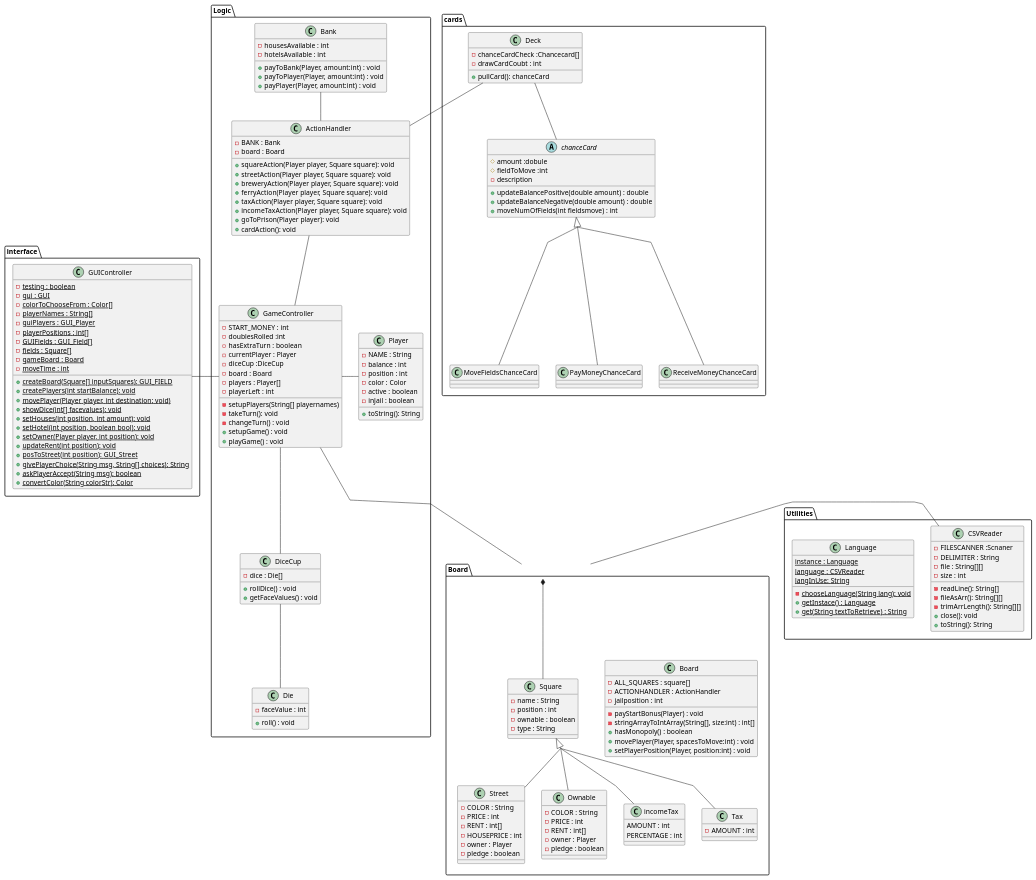
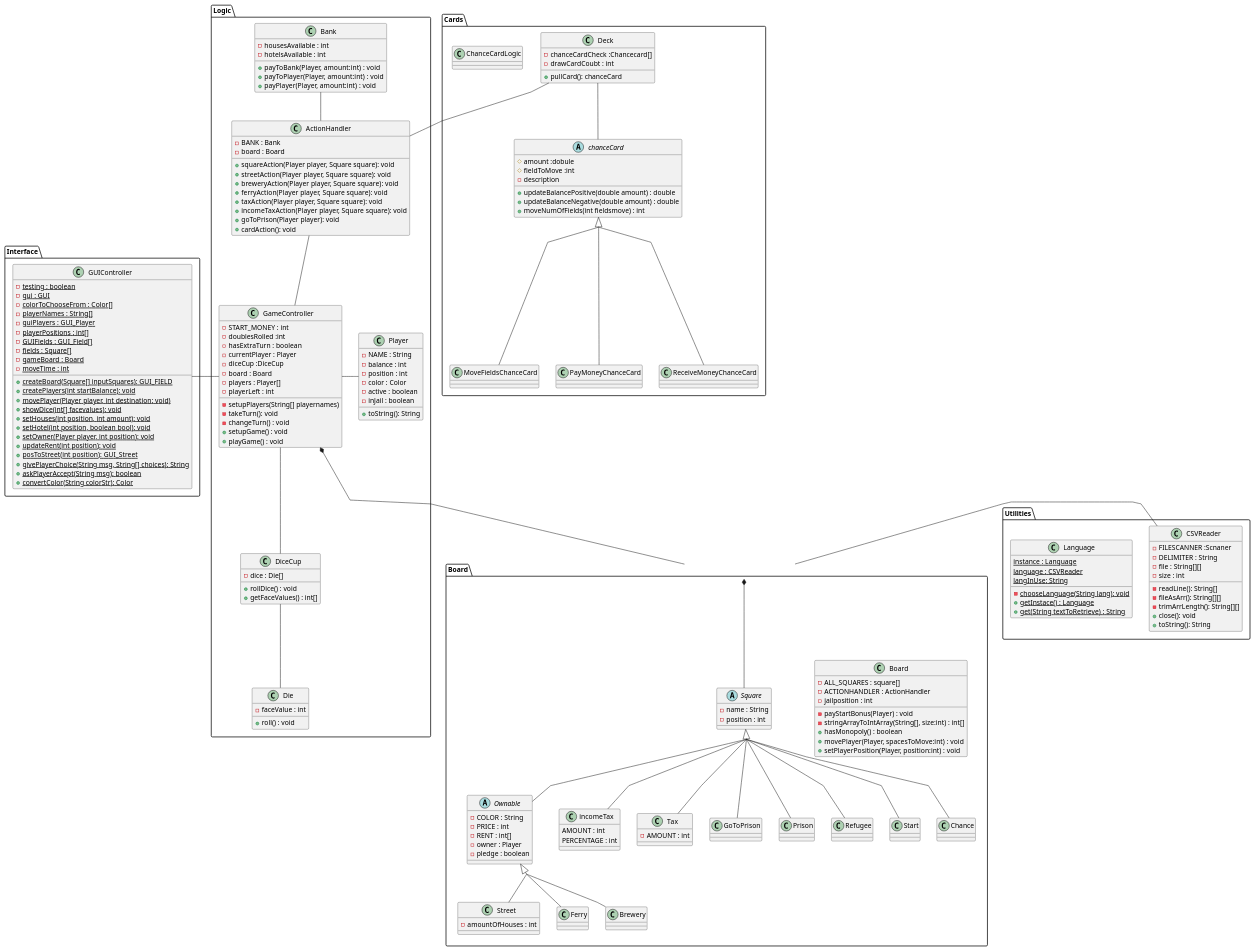
Before and after one commit to Greve2001/CDIO-final: the diagram in diagrams/design_class_diagram.puml, drawn with PlantUML.

Commit message:
Updated Design Class diagram

```diff
--- a/diagrams/design_class_diagram.puml
+++ b/diagrams/design_class_diagram.puml
@@ -18,25 +18,15 @@
     +setPlayerPosition(Player, position:int) : void
 
     }
-     class Square {
+     abstract class Square {
          -name : String
          -position : int
-         -ownable : boolean
-         -type : String
+     }
+     class Street{
+        -amountOfHouses : int
 
      }
-     class Street{
-
-        -COLOR : String
-        -PRICE : int
-        -RENT : int[]
-        -HOUSEPRICE : int
-        -owner : Player
-        -pledge : boolean
-
-
-     }
-     class Ownable{
+     abstract class Ownable{
         -COLOR : String
         -PRICE : int
         -RENT : int[]
@@ -50,8 +40,22 @@
      class Tax{
         -AMOUNT : int
      }
+     class Ferry{
+     }
+     class Brewery{
+     }
+     class GoToPrison{
+     }
+     class Prison{
+     }
+     class Refugee{
+     }
+     class Start{
+     }
+     class Chance{
+     }
 }
-package cards
+package Cards
 {
    abstract class chanceCard{
        #amount :dobule
@@ -67,6 +71,8 @@
       -drawCardCoubt : int
 
       +pullCard(): chanceCard
+   }
+   class ChanceCardLogic{
    }
    class MoveFieldsChanceCard{
 
@@ -101,7 +107,7 @@
          -dice : Die[]
 
          +rollDice() : void
-         +getFaceValues() : void
+         +getFaceValues() : int[]
      }
      class Bank {
          -housesAvailable : int
@@ -147,7 +153,7 @@
 
      }
 }
-package interface{
+package Interface{
 class GUIController{
       {static} -testing : boolean
       {static} -gui : GUI
@@ -202,6 +208,8 @@
   }
 }
 
+
+
 GameController -l- GUIController
 Bank -- ActionHandler
 GameController -u- ActionHandler
@@ -210,12 +218,21 @@
 GameController -r- Player
 
 ActionHandler -u- Deck
-GameController -d- Board
+GameController *-d- Board
 Board *-d- Square
+Square <|-- Tax
 Square <|-- Ownable
 Square <|-- incomeTax
-Square <|-- Street
-Square <|-- Tax
+Square <|-- Start
+Square <|-- Refugee
+Square <|-- GoToPrison
+Square <|-- Prison
+Square <|-- Chance
+Ownable <|-- Street
+Ownable <|-- Ferry
+Ownable <|-- Brewery
+
+
 
 Deck -- chanceCard
 chanceCard <|-- MoveFieldsChanceCard
```
